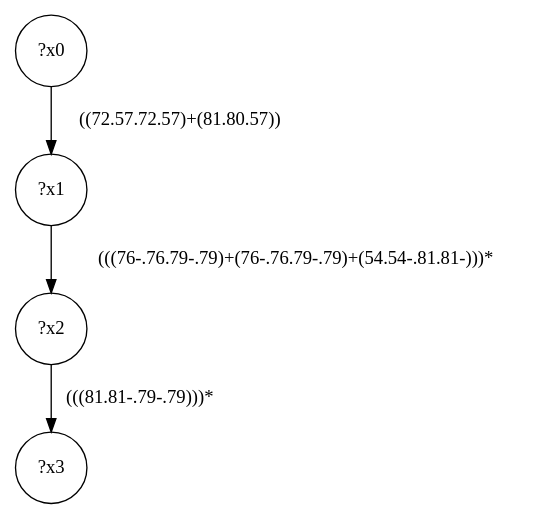
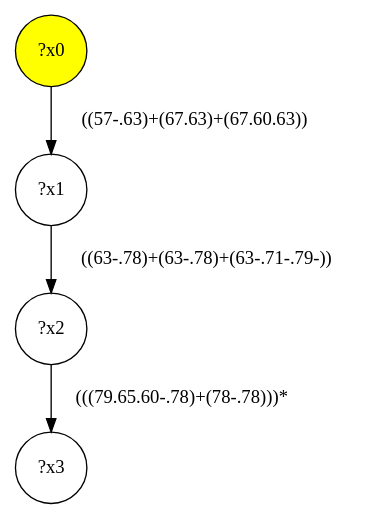
The diagram in demo/shop/shop-interface/query-47.dot (gbagan/gmark), drawn with Graphviz before and after one commit. The commit also changed 708 other files, not shown here.

```diff
--- a/demo/shop/shop-interface/query-47.dot
+++ b/demo/shop/shop-interface/query-47.dot
@@ -1,9 +1,9 @@
 digraph g {
-	x0 [shape=circle, label="?x0"];
+	x0 [fillcolor="yellow", style="filled," shape=circle, label="?x0"];
 	x1 [shape=circle, label="?x1"];
-	x0 -> x1 [label="((72.57.72.57)+(81.80.57))"];
+	x0 -> x1 [label="((57-.63)+(67.63)+(67.60.63))"];
 	x2 [shape=circle, label="?x2"];
-	x1 -> x2 [label="(((76-.76.79-.79)+(76-.76.79-.79)+(54.54-.81.81-)))*"];
+	x1 -> x2 [label="((63-.78)+(63-.78)+(63-.71-.79-))"];
 	x3 [shape=circle, label="?x3"];
-	x2 -> x3 [label="(((81.81-.79-.79)))*"];
+	x2 -> x3 [label="(((79.65.60-.78)+(78-.78)))*"];
 }
```
